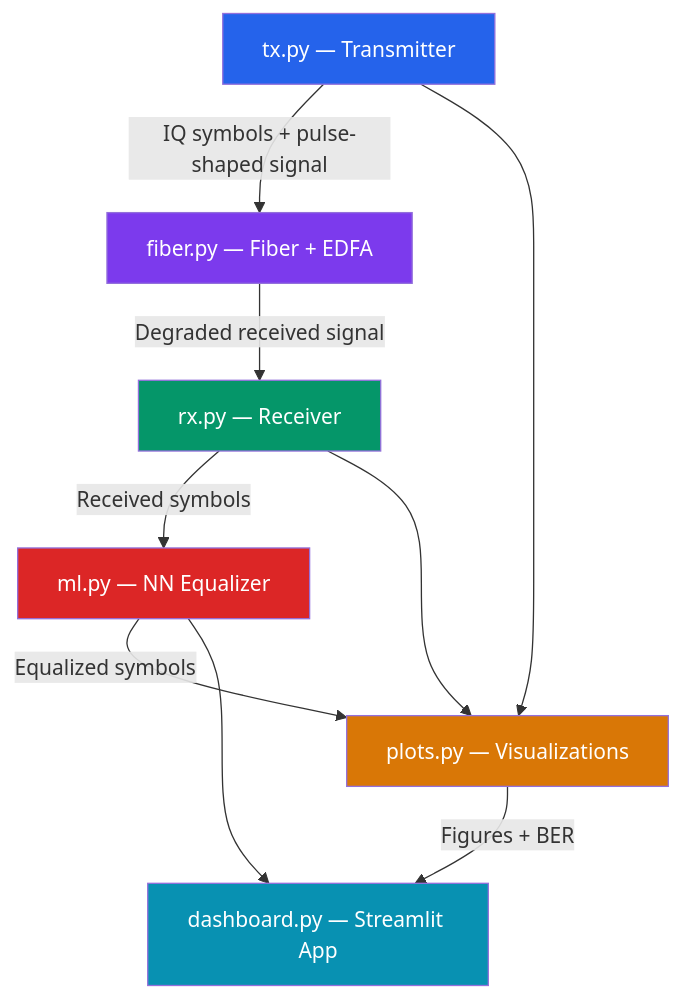
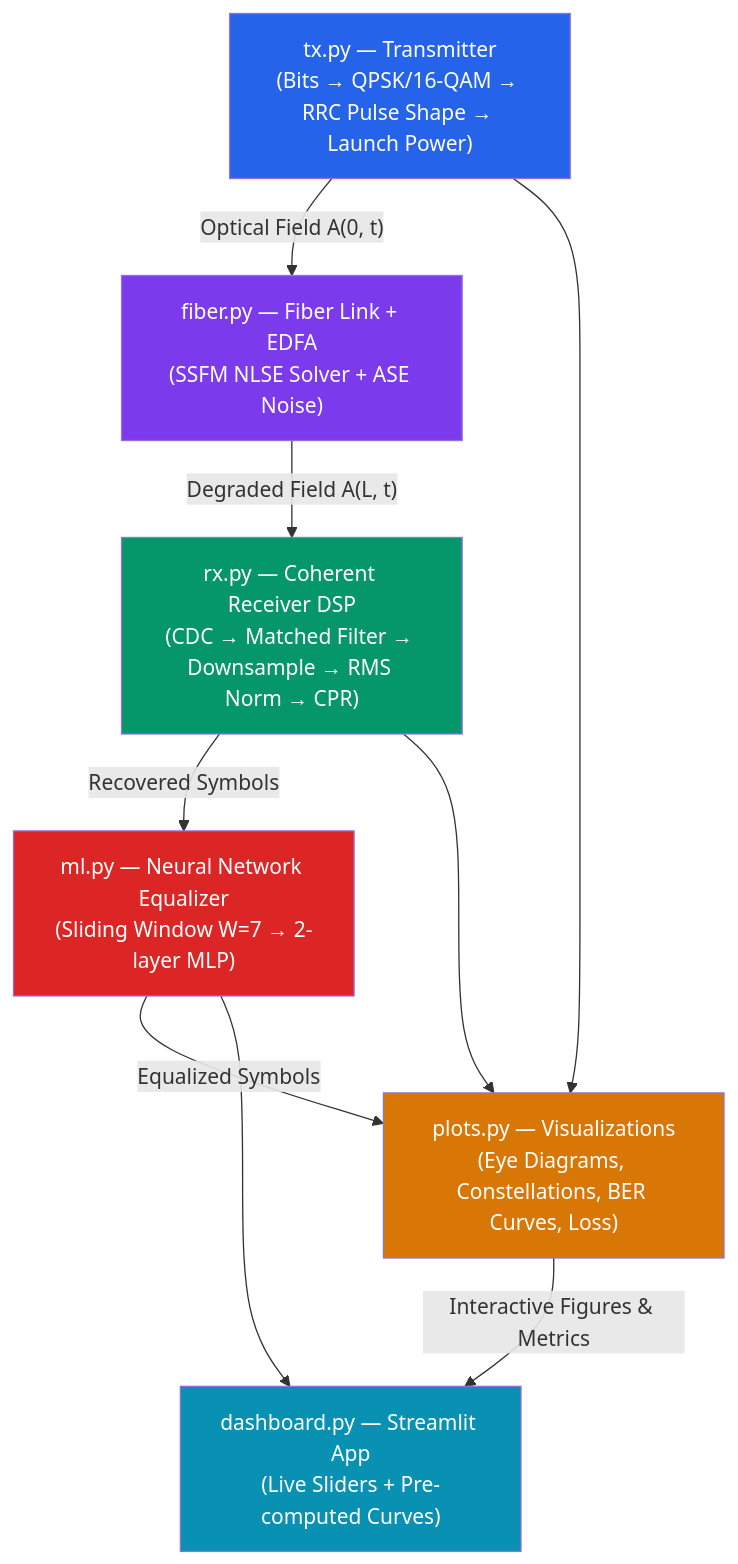
One commit to TERRA2k5/Optical-Communication-Links changed the diagram in implementation_plan.md. Above: the diagram before and after it, drawn with Mermaid. The commit also changed other lines of this file and 1 other file, not shown here.

````diff
--- a/implementation_plan.md
+++ b/implementation_plan.md
@@ -50,17 +29,17 @@
 ```mermaid
 flowchart TD
-    A["tx.py — Transmitter"] -->|"IQ symbols + pulse-shaped signal"| B["fiber.py — Fiber + EDFA"]
-    B -->|"Degraded received signal"| C["rx.py — Receiver"]
-    C -->|"Received symbols"| D["ml.py — NN Equalizer"]
-    D -->|"Equalized symbols"| E["plots.py — Visualizations"]
+    A["tx.py — Transmitter<br/>(Bits → QPSK/16-QAM → RRC Pulse Shape → Launch Power)"] -->|"Optical Field A(0, t)"| B["fiber.py — Fiber Link + EDFA<br/>(SSFM NLSE Solver + ASE Noise)"]
+    B -->|"Degraded Field A(L, t)"| C["rx.py — Coherent Receiver DSP<br/>(CDC → Matched Filter → Downsample → RMS Norm → CPR)"]
+    C -->|"Recovered Symbols"| D["ml.py — Neural Network Equalizer<br/>(Sliding Window W=7 → 2-layer MLP)"]
+    D -->|"Equalized Symbols"| E["plots.py — Visualizations<br/>(Eye Diagrams, Constellations, BER Curves, Loss)"]
     C --> E
     A --> E
-    E -->|"Figures + BER"| F["dashboard.py — Streamlit App"]
+    E -->|"Interactive Figures & Metrics"| F["dashboard.py — Streamlit App<br/>(Live Sliders + Pre-computed Curves)"]
     D --> F
     style A fill:#2563eb,color:#fff
     style B fill:#7c3aed,color:#fff
     style C fill:#059669,color:#fff
     style D fill:#dc2626,color:#fff
     style E fill:#d97706,color:#fff
     style F fill:#0891b2,color:#fff
 ```
````
